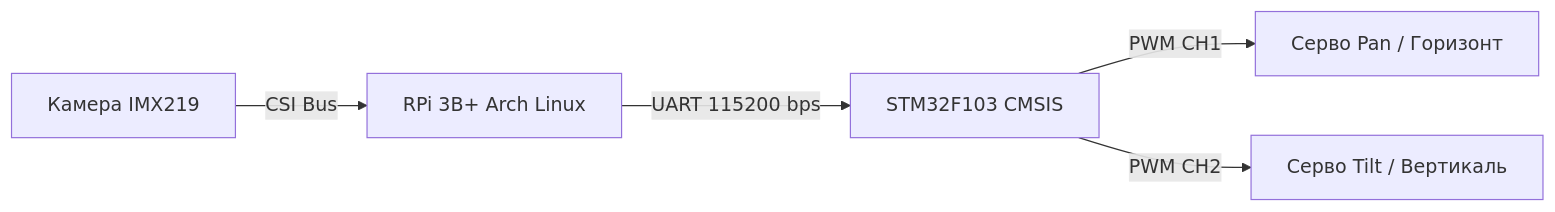
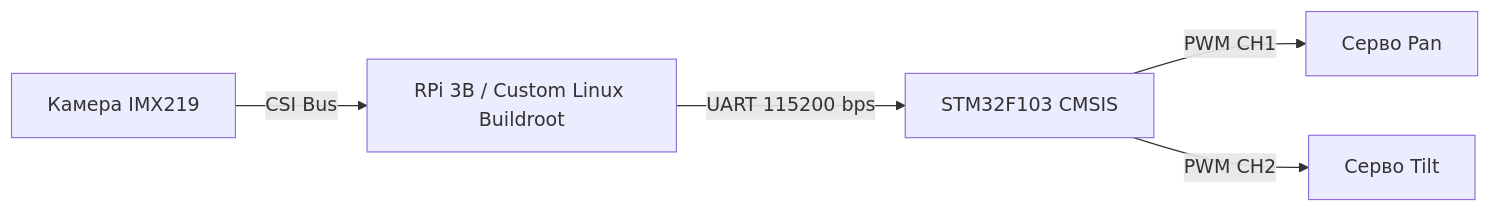
Before and after one commit to Moltschun/Arch-CV-Tracker-STM32: the diagram in README.md, drawn with Mermaid. The commit also changed other lines of this file, not shown here.

First line of the commit message:
docs: Revise Raspberry Pi and STM32 specifications in README

````diff
--- a/README.md
+++ b/README.md
@@ -18,7 +18,7 @@
 ```mermaid
 graph LR
-  Sensor[Камера IMX219] -- CSI Bus --> RPi[RPi 3B+ Arch Linux]
+  Sensor[Камера IMX219] -- CSI Bus --> RPi[RPi 3B / Custom Linux Buildroot]
   RPi -- UART 115200 bps --> STM[STM32F103 CMSIS]
-  STM -- PWM CH1 --> Pan[Серво Pan / Горизонт]
-  STM -- PWM CH2 --> Tilt[Серво Tilt / Вертикаль]
+  STM -- PWM CH1 --> Pan[Серво Pan]
+  STM -- PWM CH2 --> Tilt[Серво Tilt]
 ```
````
